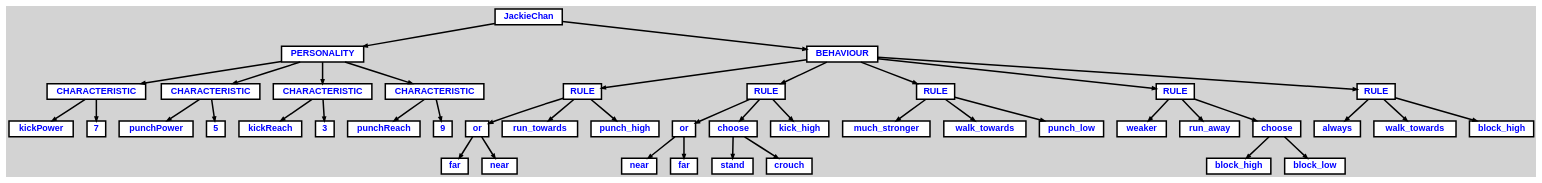
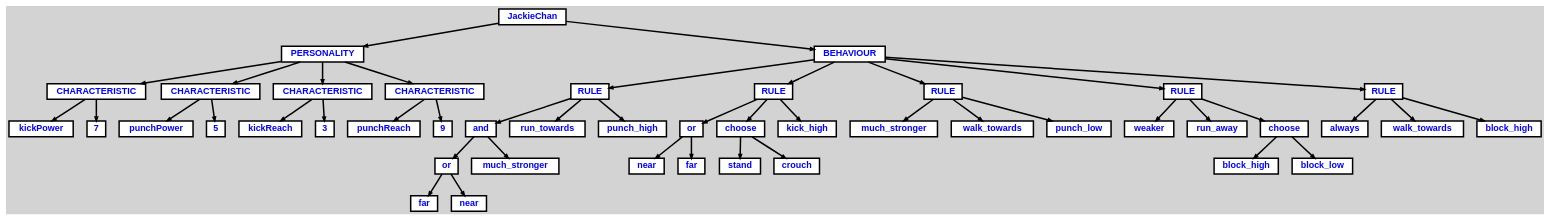
The diagram in mrjorrit/output/AST.dot (tvdstorm/sea-of-saf), drawn with Graphviz before and after one commit. The commit also changed 7 other files, not shown here.

```diff
--- a/mrjorrit/output/AST.dot
+++ b/mrjorrit/output/AST.dot
@@ -1,111 +1,116 @@
 digraph {
 
 	ordering=out;
 	ranksep=.4;
 	bgcolor="lightgrey"; node [shape=box, fixedsize=false, fontsize=12, fontname="Helvetica-bold", fontcolor="blue"
 		width=.25, height=.25, color="black", fillcolor="white", style="filled, solid, bold"];
 	edge [arrowsize=.5, color="black", style="bold"]
 
   n0 [label="JackieChan"];
   n1 [label="PERSONALITY"];
   n1 [label="PERSONALITY"];
   n2 [label="CHARACTERISTIC"];
   n2 [label="CHARACTERISTIC"];
   n3 [label="kickPower"];
   n4 [label="7"];
   n5 [label="CHARACTERISTIC"];
   n5 [label="CHARACTERISTIC"];
   n6 [label="punchPower"];
   n7 [label="5"];
   n8 [label="CHARACTERISTIC"];
   n8 [label="CHARACTERISTIC"];
   n9 [label="kickReach"];
   n10 [label="3"];
   n11 [label="CHARACTERISTIC"];
   n11 [label="CHARACTERISTIC"];
   n12 [label="punchReach"];
   n13 [label="9"];
   n14 [label="BEHAVIOUR"];
   n14 [label="BEHAVIOUR"];
   n15 [label="RULE"];
   n15 [label="RULE"];
-  n16 [label="or"];
-  n16 [label="or"];
-  n17 [label="far"];
-  n18 [label="near"];
-  n19 [label="run_towards"];
-  n20 [label="punch_high"];
-  n21 [label="RULE"];
-  n21 [label="RULE"];
-  n22 [label="or"];
-  n22 [label="or"];
-  n23 [label="near"];
-  n24 [label="far"];
-  n25 [label="choose"];
-  n25 [label="choose"];
-  n26 [label="stand"];
-  n27 [label="crouch"];
-  n28 [label="kick_high"];
-  n29 [label="RULE"];
-  n29 [label="RULE"];
-  n30 [label="much_stronger"];
-  n31 [label="walk_towards"];
-  n32 [label="punch_low"];
-  n33 [label="RULE"];
-  n33 [label="RULE"];
-  n34 [label="weaker"];
-  n35 [label="run_away"];
-  n36 [label="choose"];
-  n36 [label="choose"];
-  n37 [label="block_high"];
-  n38 [label="block_low"];
-  n39 [label="RULE"];
-  n39 [label="RULE"];
-  n40 [label="always"];
-  n41 [label="walk_towards"];
-  n42 [label="block_high"];
+  n16 [label="and"];
+  n16 [label="and"];
+  n17 [label="or"];
+  n17 [label="or"];
+  n18 [label="far"];
+  n19 [label="near"];
+  n20 [label="much_stronger"];
+  n21 [label="run_towards"];
+  n22 [label="punch_high"];
+  n23 [label="RULE"];
+  n23 [label="RULE"];
+  n24 [label="or"];
+  n24 [label="or"];
+  n25 [label="near"];
+  n26 [label="far"];
+  n27 [label="choose"];
+  n27 [label="choose"];
+  n28 [label="stand"];
+  n29 [label="crouch"];
+  n30 [label="kick_high"];
+  n31 [label="RULE"];
+  n31 [label="RULE"];
+  n32 [label="much_stronger"];
+  n33 [label="walk_towards"];
+  n34 [label="punch_low"];
+  n35 [label="RULE"];
+  n35 [label="RULE"];
+  n36 [label="weaker"];
+  n37 [label="run_away"];
+  n38 [label="choose"];
+  n38 [label="choose"];
+  n39 [label="block_high"];
+  n40 [label="block_low"];
+  n41 [label="RULE"];
+  n41 [label="RULE"];
+  n42 [label="always"];
+  n43 [label="walk_towards"];
+  n44 [label="block_high"];
 
   n0 -> n1 // "JackieChan" -> "PERSONALITY"
   n1 -> n2 // "PERSONALITY" -> "CHARACTERISTIC"
   n2 -> n3 // "CHARACTERISTIC" -> "kickPower"
   n2 -> n4 // "CHARACTERISTIC" -> "7"
   n1 -> n5 // "PERSONALITY" -> "CHARACTERISTIC"
   n5 -> n6 // "CHARACTERISTIC" -> "punchPower"
   n5 -> n7 // "CHARACTERISTIC" -> "5"
   n1 -> n8 // "PERSONALITY" -> "CHARACTERISTIC"
   n8 -> n9 // "CHARACTERISTIC" -> "kickReach"
   n8 -> n10 // "CHARACTERISTIC" -> "3"
   n1 -> n11 // "PERSONALITY" -> "CHARACTERISTIC"
   n11 -> n12 // "CHARACTERISTIC" -> "punchReach"
   n11 -> n13 // "CHARACTERISTIC" -> "9"
   n0 -> n14 // "JackieChan" -> "BEHAVIOUR"
   n14 -> n15 // "BEHAVIOUR" -> "RULE"
-  n15 -> n16 // "RULE" -> "or"
-  n16 -> n17 // "or" -> "far"
-  n16 -> n18 // "or" -> "near"
-  n15 -> n19 // "RULE" -> "run_towards"
-  n15 -> n20 // "RULE" -> "punch_high"
-  n14 -> n21 // "BEHAVIOUR" -> "RULE"
-  n21 -> n22 // "RULE" -> "or"
-  n22 -> n23 // "or" -> "near"
-  n22 -> n24 // "or" -> "far"
-  n21 -> n25 // "RULE" -> "choose"
-  n25 -> n26 // "choose" -> "stand"
-  n25 -> n27 // "choose" -> "crouch"
-  n21 -> n28 // "RULE" -> "kick_high"
-  n14 -> n29 // "BEHAVIOUR" -> "RULE"
-  n29 -> n30 // "RULE" -> "much_stronger"
-  n29 -> n31 // "RULE" -> "walk_towards"
-  n29 -> n32 // "RULE" -> "punch_low"
-  n14 -> n33 // "BEHAVIOUR" -> "RULE"
-  n33 -> n34 // "RULE" -> "weaker"
-  n33 -> n35 // "RULE" -> "run_away"
-  n33 -> n36 // "RULE" -> "choose"
-  n36 -> n37 // "choose" -> "block_high"
-  n36 -> n38 // "choose" -> "block_low"
-  n14 -> n39 // "BEHAVIOUR" -> "RULE"
-  n39 -> n40 // "RULE" -> "always"
-  n39 -> n41 // "RULE" -> "walk_towards"
-  n39 -> n42 // "RULE" -> "block_high"
+  n15 -> n16 // "RULE" -> "and"
+  n16 -> n17 // "and" -> "or"
+  n17 -> n18 // "or" -> "far"
+  n17 -> n19 // "or" -> "near"
+  n16 -> n20 // "and" -> "much_stronger"
+  n15 -> n21 // "RULE" -> "run_towards"
+  n15 -> n22 // "RULE" -> "punch_high"
+  n14 -> n23 // "BEHAVIOUR" -> "RULE"
+  n23 -> n24 // "RULE" -> "or"
+  n24 -> n25 // "or" -> "near"
+  n24 -> n26 // "or" -> "far"
+  n23 -> n27 // "RULE" -> "choose"
+  n27 -> n28 // "choose" -> "stand"
+  n27 -> n29 // "choose" -> "crouch"
+  n23 -> n30 // "RULE" -> "kick_high"
+  n14 -> n31 // "BEHAVIOUR" -> "RULE"
+  n31 -> n32 // "RULE" -> "much_stronger"
+  n31 -> n33 // "RULE" -> "walk_towards"
+  n31 -> n34 // "RULE" -> "punch_low"
+  n14 -> n35 // "BEHAVIOUR" -> "RULE"
+  n35 -> n36 // "RULE" -> "weaker"
+  n35 -> n37 // "RULE" -> "run_away"
+  n35 -> n38 // "RULE" -> "choose"
+  n38 -> n39 // "choose" -> "block_high"
+  n38 -> n40 // "choose" -> "block_low"
+  n14 -> n41 // "BEHAVIOUR" -> "RULE"
+  n41 -> n42 // "RULE" -> "always"
+  n41 -> n43 // "RULE" -> "walk_towards"
+  n41 -> n44 // "RULE" -> "block_high"
 
 }
```
